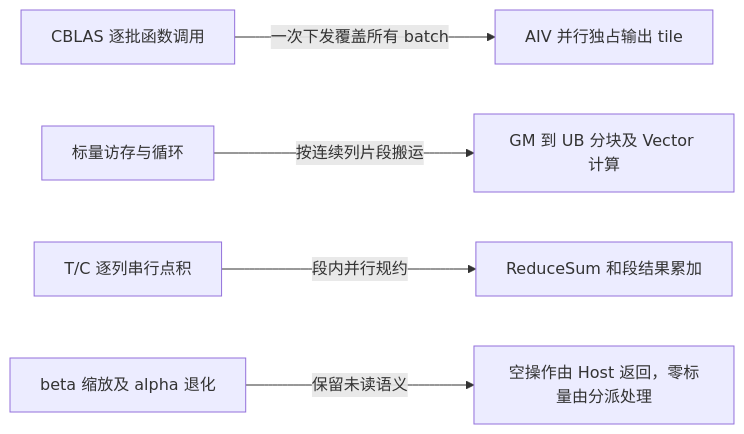
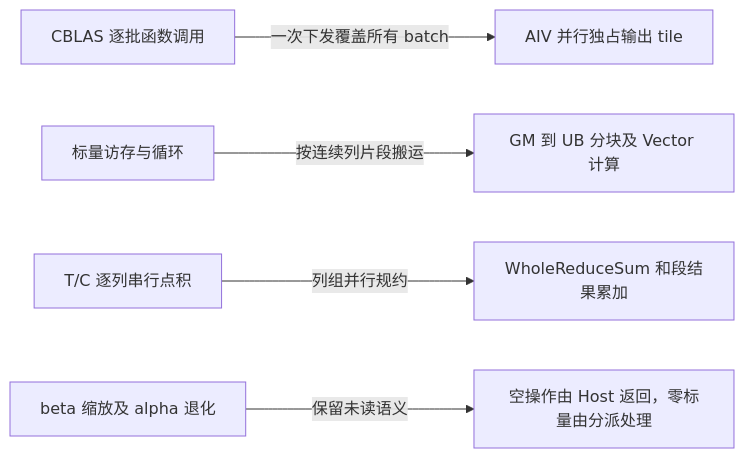
Before and after one commit to Atlas-Ascend-Fork/cann-ops-competitions: the third of 3 diagrams in 04_tasks/01_community-task-2026/tasklist/11-aclblasSgemvBatched-A2A3/KaranocaVe/docs/design.md, drawn with Mermaid. The commit also changed other lines of this file, not shown here.

````diff
--- a/04_tasks/01_community-task-2026/tasklist/11-aclblasSgemvBatched-A2A3/KaranocaVe/docs/design.md
+++ b/04_tasks/01_community-task-2026/tasklist/11-aclblasSgemvBatched-A2A3/KaranocaVe/docs/design.md
@@ -114,7 +124,7 @@
 ```mermaid
 flowchart LR
     A["CBLAS 逐批函数调用"] -->|"一次下发覆盖所有 batch"| B["AIV 并行独占输出 tile"]
     C["标量访存与循环"] -->|"按连续列片段搬运"| D["GM 到 UB 分块及 Vector 计算"]
-    E["T/C 逐列串行点积"] -->|"段内并行规约"| F["ReduceSum 和段结果累加"]
+    E["T/C 逐列串行点积"] -->|"列组并行规约"| F["WholeReduceSum 和段结果累加"]
     G["beta 缩放及 alpha 退化"] -->|"保留未读语义"| H["空操作由 Host 返回，零标量由分派处理"]
 ```
````
